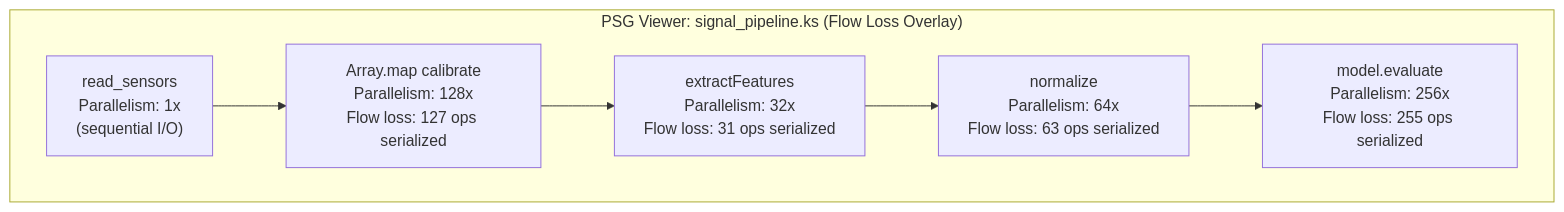
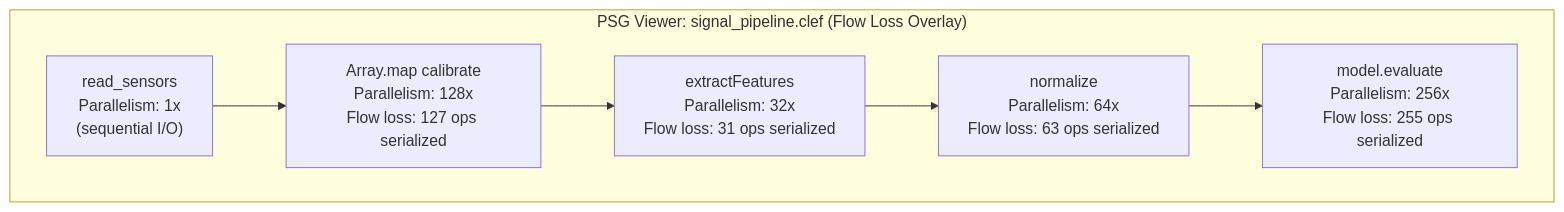
Before and after one commit to FidelityFramework/Atelier: the first of 3 diagrams in docs/09_flow_loss_analysis.md, drawn with Mermaid. The commit also changed other lines of this file and 23 other files, not shown here.

Commit message:
docs: align to the PSG-as-authority view; clef/* extension namespace; wren naming (on top of rename sweep)

````diff
--- a/docs/09_flow_loss_analysis.md
+++ b/docs/09_flow_loss_analysis.md
@@ -44,12 +46,12 @@
 ```mermaid
 flowchart TB
-    subgraph heatmap["PSG Viewer: signal_pipeline.ks (Flow Loss Overlay)"]
+    subgraph heatmap["PSG Viewer: signal_pipeline.clef (Flow Loss Overlay)"]
         read["read_sensors<br/>Parallelism: 1x<br/>(sequential I/O)"]
         map["Array.map calibrate<br/>Parallelism: 128x<br/>Flow loss: 127 ops serialized"]
         extract["extractFeatures<br/>Parallelism: 32x<br/>Flow loss: 31 ops serialized"]
         normalize["normalize<br/>Parallelism: 64x<br/>Flow loss: 63 ops serialized"]
         predict["model.evaluate<br/>Parallelism: 256x<br/>Flow loss: 255 ops serialized"]
 
         read --> map --> extract --> normalize --> predict
     end
 ```
````
